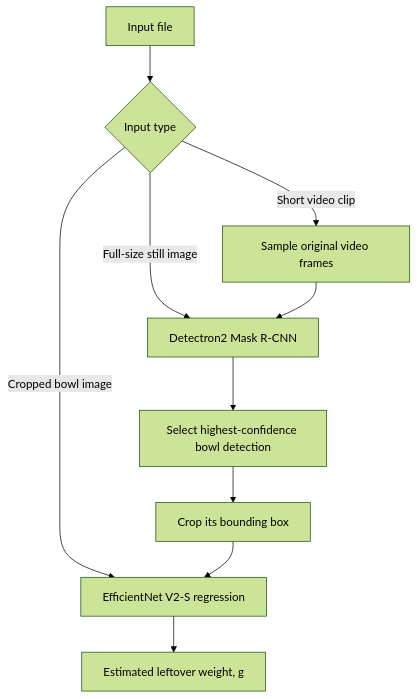
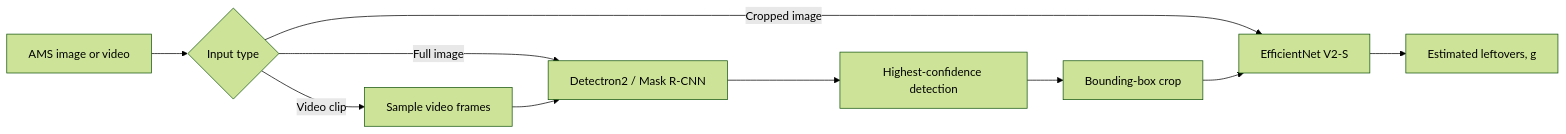
The diagram in README.md (masayamatamura0-max/AMS-Concentrate-Leftover-Estimation-), drawn with Mermaid (forest theme) before and after one commit. The commit also changed other lines of this file and 6 other files, not shown here.

````diff
--- a/README.md
+++ b/README.md
@@ -42,12 +50,12 @@
 ```mermaid
-flowchart TD
-    A[Input file] --> B{Input type}
-    B -->|Cropped bowl image| E[EfficientNet V2-S regression]
-    B -->|Full-size still image| C[Detectron2 Mask R-CNN]
-    B -->|Short video clip| D[Sample original video frames]
+flowchart LR
+    A[AMS image or video] --> B{Input type}
+    B -->|Cropped image| E[EfficientNet V2-S]
+    B -->|Full image| C[Detectron2 / Mask R-CNN]
+    B -->|Video clip| D[Sample video frames]
     D --> C
-    C --> F[Select highest-confidence bowl detection]
-    F --> G[Crop its bounding box]
+    C --> F[Highest-confidence detection]
+    F --> G[Bounding-box crop]
     G --> E
-    E --> H[Estimated leftover weight, g]
+    E --> H[Estimated leftovers, g]
 ```
````
